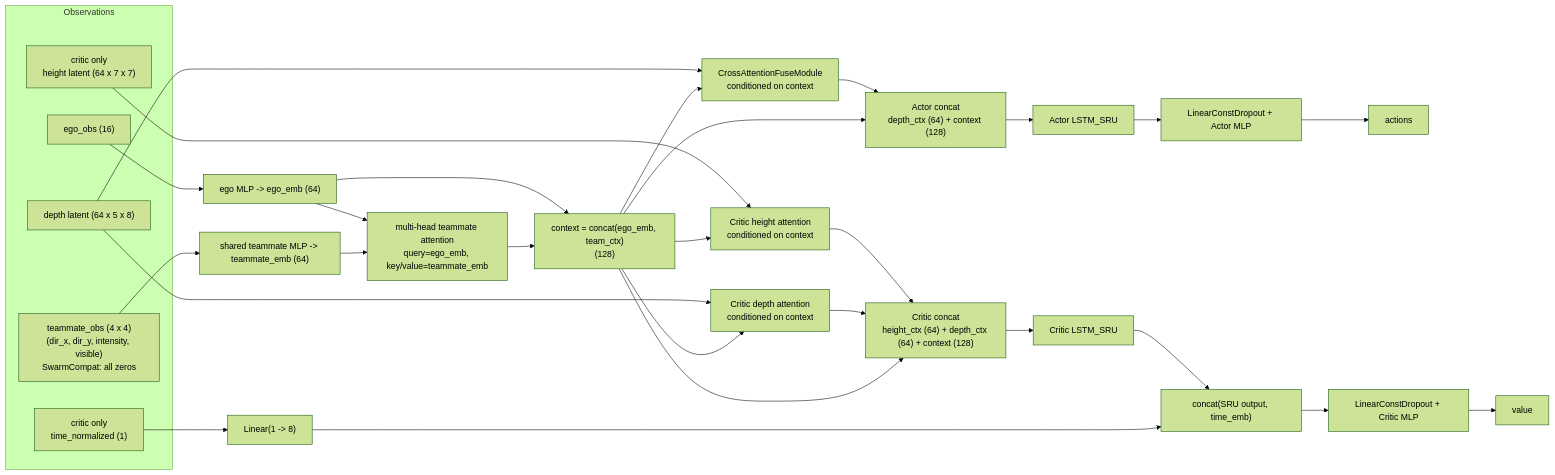
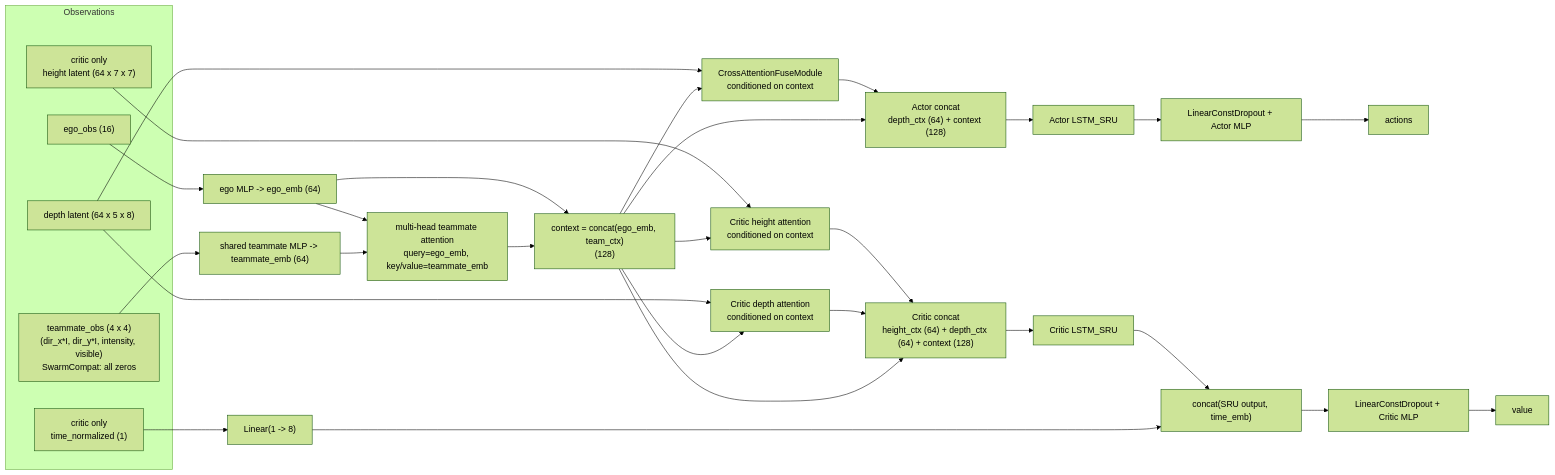
One commit to Bziyue/SRU_Swarm_RL changed the diagram in sru-navigation-sim/docs/DRONE_TRAINING_DEFAULTS.md. Above: the diagram before and after it, drawn with Mermaid (forest theme). The commit also changed other lines of this file and 1 other file, not shown here.

````diff
--- a/sru-navigation-sim/docs/DRONE_TRAINING_DEFAULTS.md
+++ b/sru-navigation-sim/docs/DRONE_TRAINING_DEFAULTS.md
@@ -140,40 +141,40 @@
 ```mermaid
 flowchart LR
     subgraph Observations
         EGO["ego_obs (16)"]
-        TEAM["teammate_obs (4 x 4)\n(dir_x, dir_y, intensity, visible)\nSwarmCompat: all zeros"]
+        TEAM["teammate_obs (4 x 4)\n(dir_x*I, dir_y*I, intensity, visible)\nSwarmCompat: all zeros"]
         DEPTH["depth latent (64 x 5 x 8)"]
         HEIGHT["critic only\nheight latent (64 x 7 x 7)"]
         TIME["critic only\ntime_normalized (1)"]
     end
 
     EGO --> EGO_MLP["ego MLP -> ego_emb (64)"]
     TEAM --> TEAM_MLP["shared teammate MLP -> teammate_emb (64)"]
     EGO_MLP --> TEAM_ATTN["multi-head teammate attention\nquery=ego_emb, key/value=teammate_emb"]
     TEAM_MLP --> TEAM_ATTN
     EGO_MLP --> CTX["context = concat(ego_emb, team_ctx)\n(128)"]
     TEAM_ATTN --> CTX
 
     DEPTH --> DEPTH_ATTN["CrossAttentionFuseModule\nconditioned on context"]
     CTX --> DEPTH_ATTN
 
     DEPTH_ATTN --> ACTOR_CAT["Actor concat\ndepth_ctx (64) + context (128)"]
     CTX --> ACTOR_CAT
     ACTOR_CAT --> ACTOR_SRU["Actor LSTM_SRU"]
     ACTOR_SRU --> ACTOR_HEAD["LinearConstDropout + Actor MLP"]
     ACTOR_HEAD --> ACTION["actions"]
 
     HEIGHT --> HEIGHT_ATTN["Critic height attention\nconditioned on context"]
     CTX --> HEIGHT_ATTN
     DEPTH --> CRIT_DEPTH_ATTN["Critic depth attention\nconditioned on context"]
     CTX --> CRIT_DEPTH_ATTN
     HEIGHT_ATTN --> CRIT_CAT["Critic concat\nheight_ctx (64) + depth_ctx (64) + context (128)"]
     CRIT_DEPTH_ATTN --> CRIT_CAT
     CTX --> CRIT_CAT
     CRIT_CAT --> CRITIC_SRU["Critic LSTM_SRU"]
     TIME --> TIME_EMB["Linear(1 -> 8)"]
     CRITIC_SRU --> VALUE_CAT["concat(SRU output, time_emb)"]
     TIME_EMB --> VALUE_CAT
     VALUE_CAT --> VALUE_HEAD["LinearConstDropout + Critic MLP"]
     VALUE_HEAD --> VALUE["value"]
 ```
````
